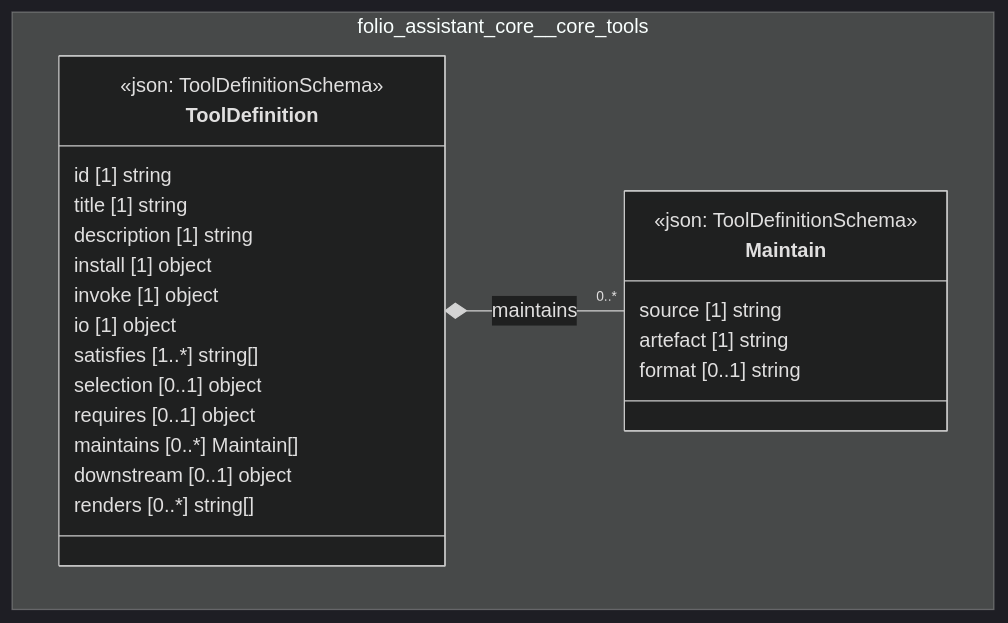
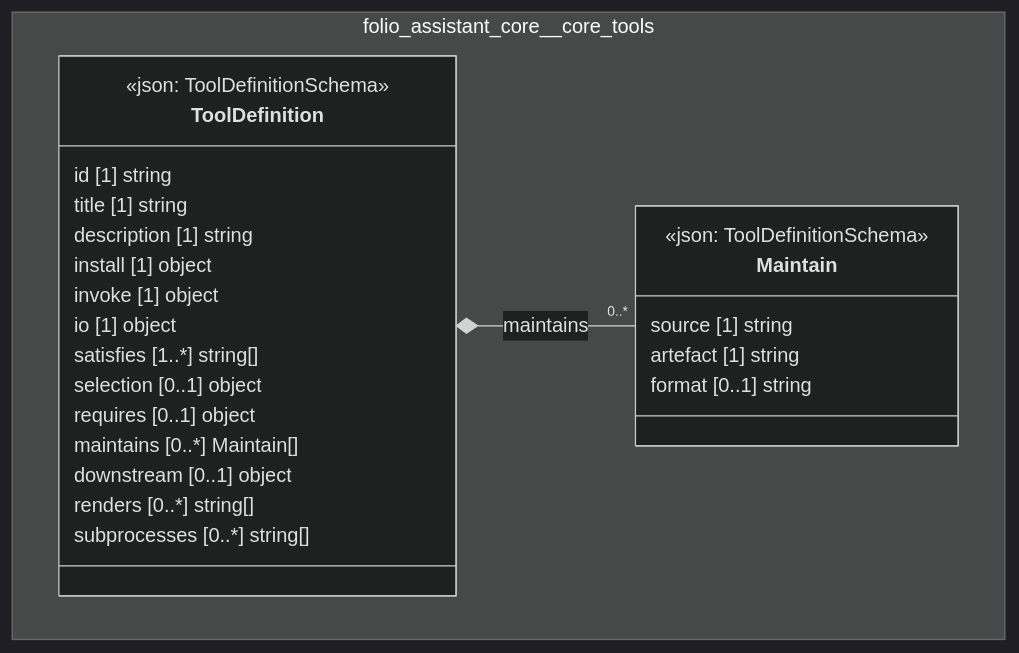
One commit to litlfred/folio-assistant changed the diagram in cat-harness/docs/uml/overview/folio-assistant-core/core-tools.md. Above: the diagram before and after it, drawn with Mermaid (dark theme). The commit also changed 405 other files, not shown here.

````diff
--- a/cat-harness/docs/uml/overview/folio-assistant-core/core-tools.md
+++ b/cat-harness/docs/uml/overview/folio-assistant-core/core-tools.md
@@ -42,30 +42,31 @@
 ```mermaid
 classDiagram
   direction TB
   namespace folio_assistant_core__core_tools {
     class folio_assistant_core_core_tools_Maintain["Maintain"] {
       <<json: ToolDefinitionSchema>>
       source [1] string
       artefact [1] string
       format [0..1] string
     }
     class folio_assistant_core_core_tools_ToolDefinition["ToolDefinition"] {
       <<json: ToolDefinitionSchema>>
       id [1] string
       title [1] string
       description [1] string
       install [1] object
       invoke [1] object
       io [1] object
       satisfies [1..*] string[]
       selection [0..1] object
       requires [0..1] object
       maintains [0..*] Maintain[]
       downstream [0..1] object
       renders [0..*] string[]
+      subprocesses [0..*] string[]
     }
   }
   folio_assistant_core_core_tools_ToolDefinition *-- "0..*" folio_assistant_core_core_tools_Maintain : maintains
   cssClass "folio_assistant_core_core_tools_Maintain" fa_uml_kind_tools
   cssClass "folio_assistant_core_core_tools_ToolDefinition" fa_uml_kind_tools
 ```
````
